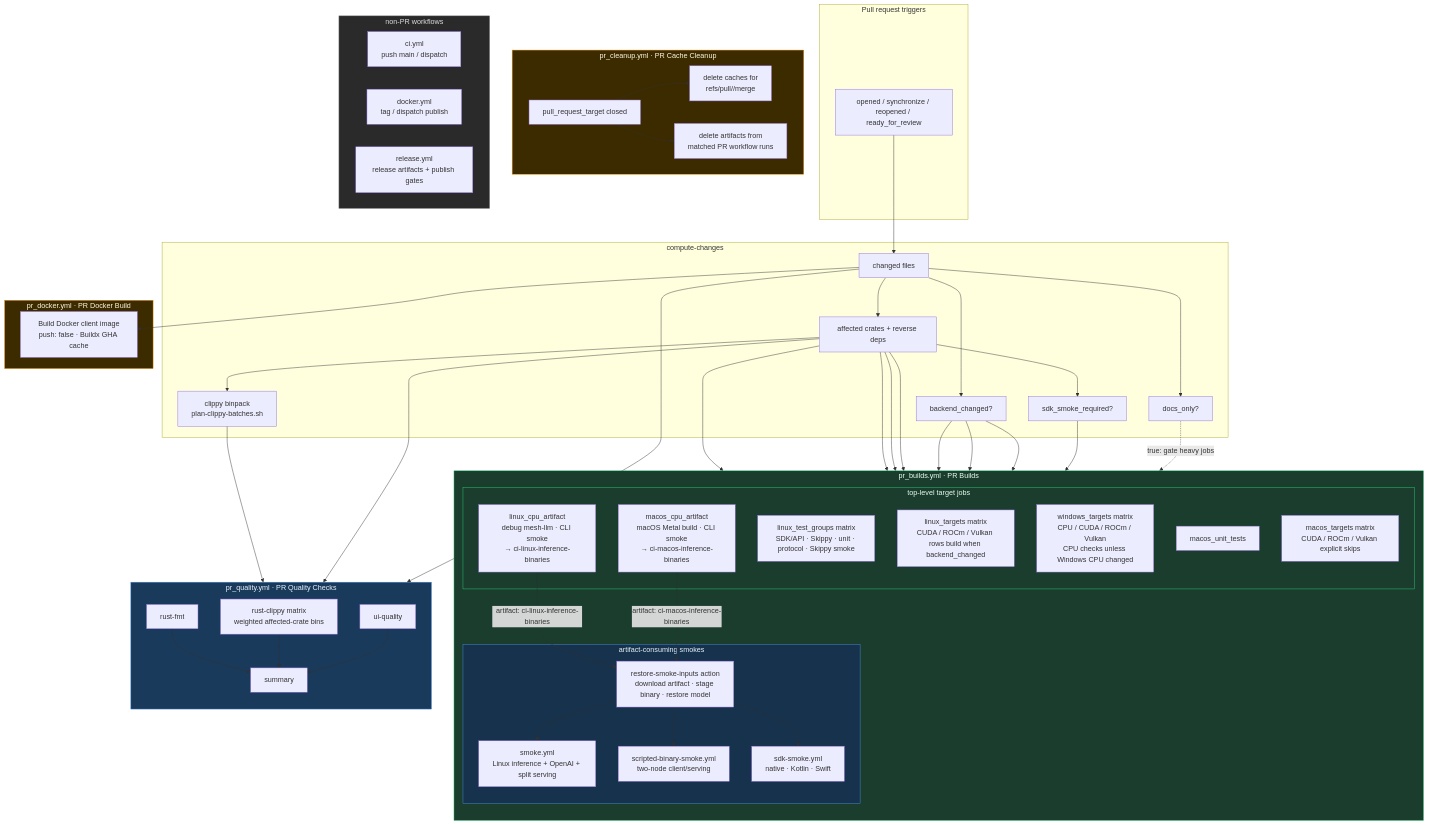
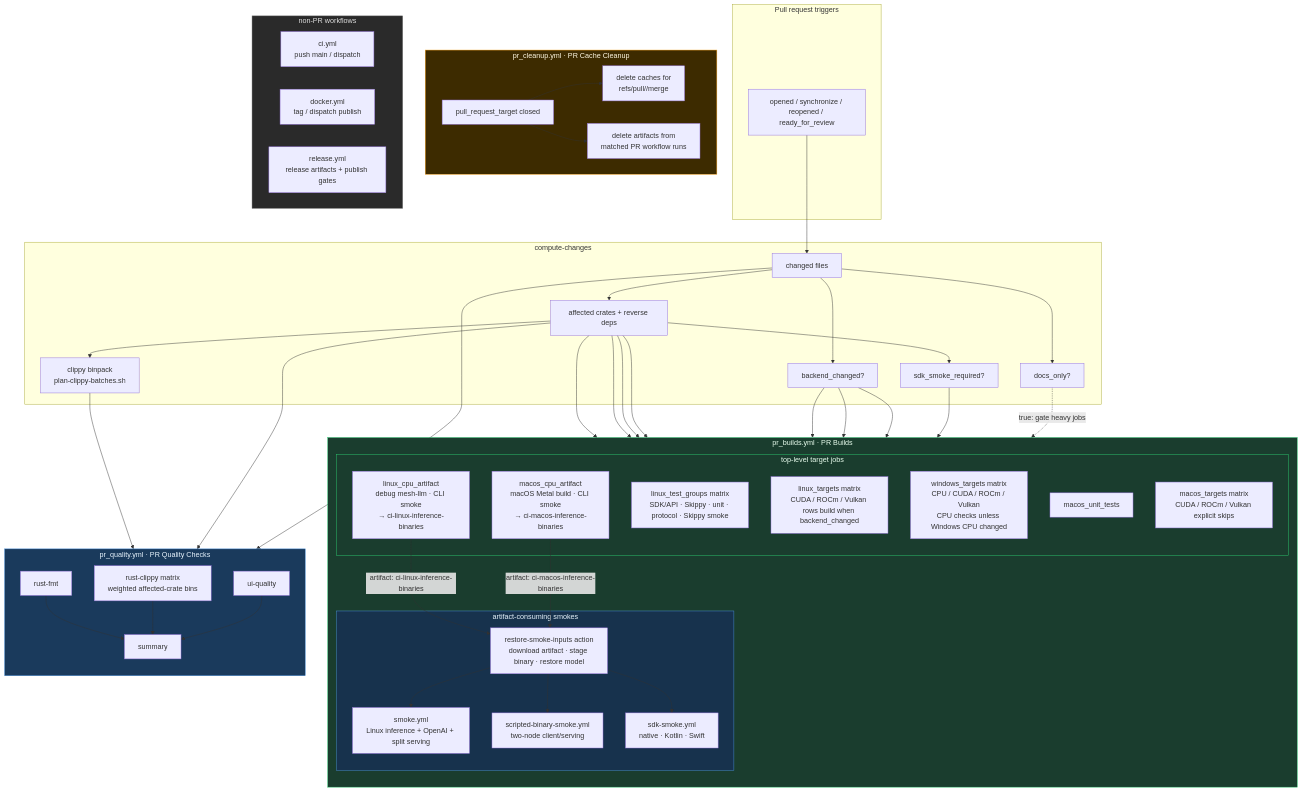
One commit to Mesh-LLM/mesh-llm changed the diagram in ci/ci.md. Above: the diagram before and after it, drawn with Mermaid. The commit also changed other lines of this file and 2 other files, not shown here.

Commit message:
ci: remove Docker builds from PRs

````diff
--- a/ci/ci.md
+++ b/ci/ci.md
@@ -69,12 +69,6 @@
     Restore --> SDKSmoke
     SDK --> SDKSmoke
 
-    subgraph PRDocker["pr_docker.yml · PR Docker Build"]
-        DockerBuild["Build Docker client image\npush: false · Buildx GHA cache"]
-    end
-
-    Files --> DockerBuild
-
     subgraph Cleanup["pr_cleanup.yml · PR Cache Cleanup"]
         Closed["pull_request_target closed"]
         DeleteCaches["delete caches for\nrefs/pull/<PR>/merge"]
@@ -93,7 +87,6 @@
     style PRCI fill:#1a3d2e,stroke:#2ecc71,color:#eaffef
     style Producers fill:#1a3d2e,stroke:#2ecc71,color:#eaffef
     style Smokes fill:#17324d,stroke:#4a90d9,color:#e8f4fd
-    style PRDocker fill:#3d2b00,stroke:#f39c12,color:#fff8e1
     style Cleanup fill:#3d2b00,stroke:#f39c12,color:#fff8e1
     style MainRelease fill:#2a2a2a,stroke:#888,color:#ddd
 ```
````
